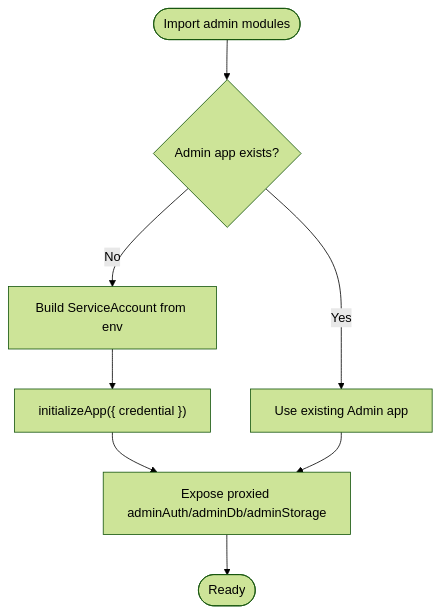
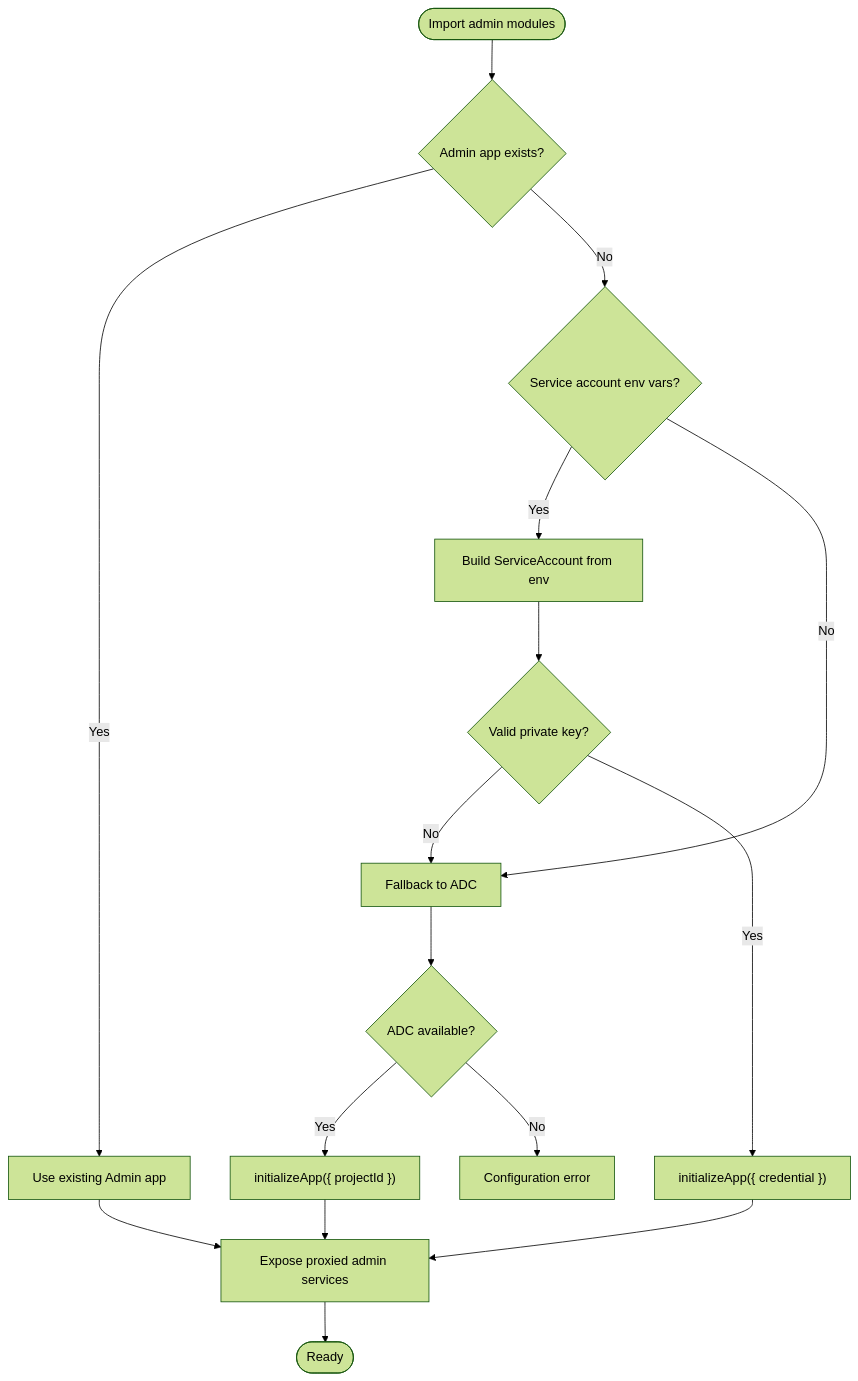
Before and after one commit to alikizang/datafrica: the fourth of 10 diagrams in .qoder/repowiki/en/content/Authentication System/Firebase Integration.md, drawn with Mermaid (forest theme). The commit also changed other lines of this file and 23 other files, not shown here.

````diff
--- a/.qoder/repowiki/en/content/Authentication System/Firebase Integration.md
+++ b/.qoder/repowiki/en/content/Authentication System/Firebase Integration.md
@@ -151,10 +190,18 @@
 ```mermaid
 flowchart TD
 Start(["Import admin modules"]) --> CheckApp{"Admin app exists?"}
 CheckApp --> |Yes| UseApp["Use existing Admin app"]
-CheckApp --> |No| BuildCreds["Build ServiceAccount from env"]
-BuildCreds --> InitApp["initializeApp({ credential })"]
-InitApp --> Export["Expose proxied adminAuth/adminDb/adminStorage"]
+CheckApp --> |No| CheckEnv{"Service account env vars?"}
+CheckEnv --> |Yes| BuildCreds["Build ServiceAccount from env"]
+BuildCreds --> HasKey{"Valid private key?"}
+HasKey --> |No| ADCFallback["Fallback to ADC"]
+HasKey --> |Yes| InitApp["initializeApp({ credential })"]
+CheckEnv --> |No| ADCFallback
+ADCFallback --> CheckADC{"ADC available?"}
+CheckADC --> |Yes| InitADC["initializeApp({ projectId })"]
+CheckADC --> |No| ThrowError["Configuration error"]
+InitADC --> Export["Expose proxied admin services"]
+InitApp --> Export
 UseApp --> Export
 Export --> End(["Ready"])
 ```
````
